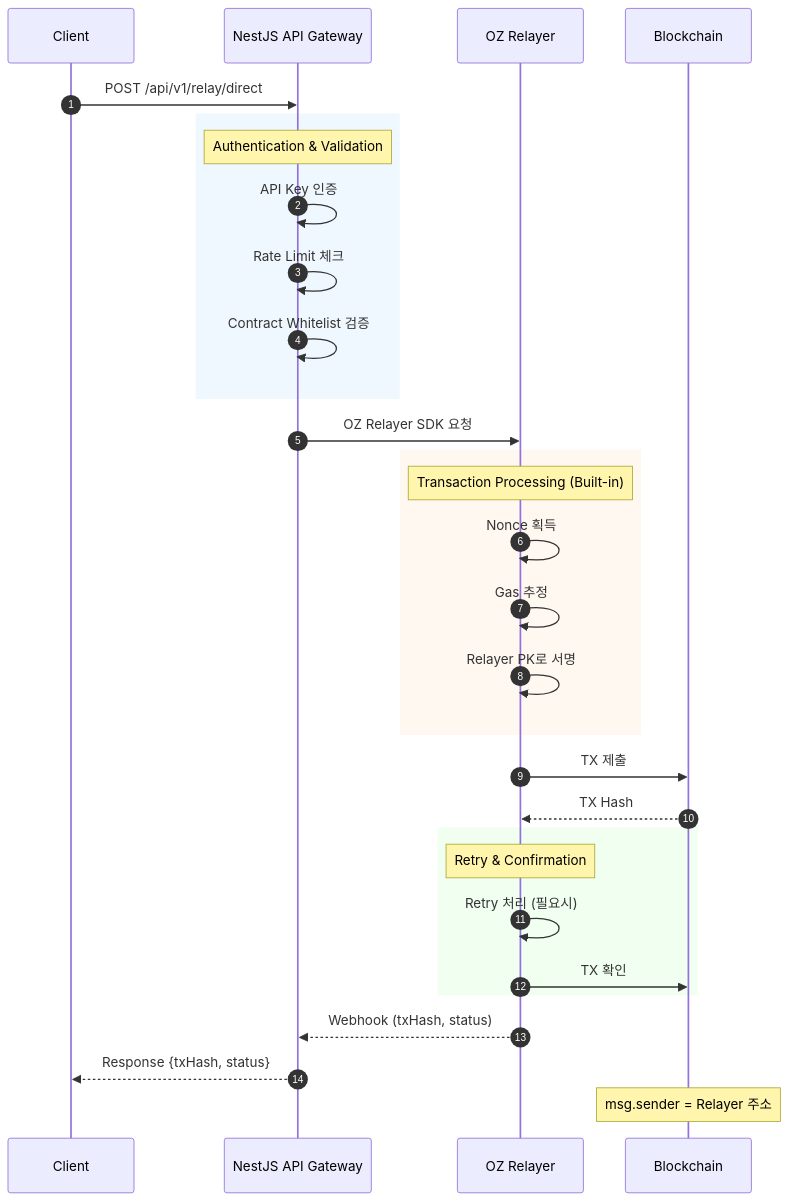
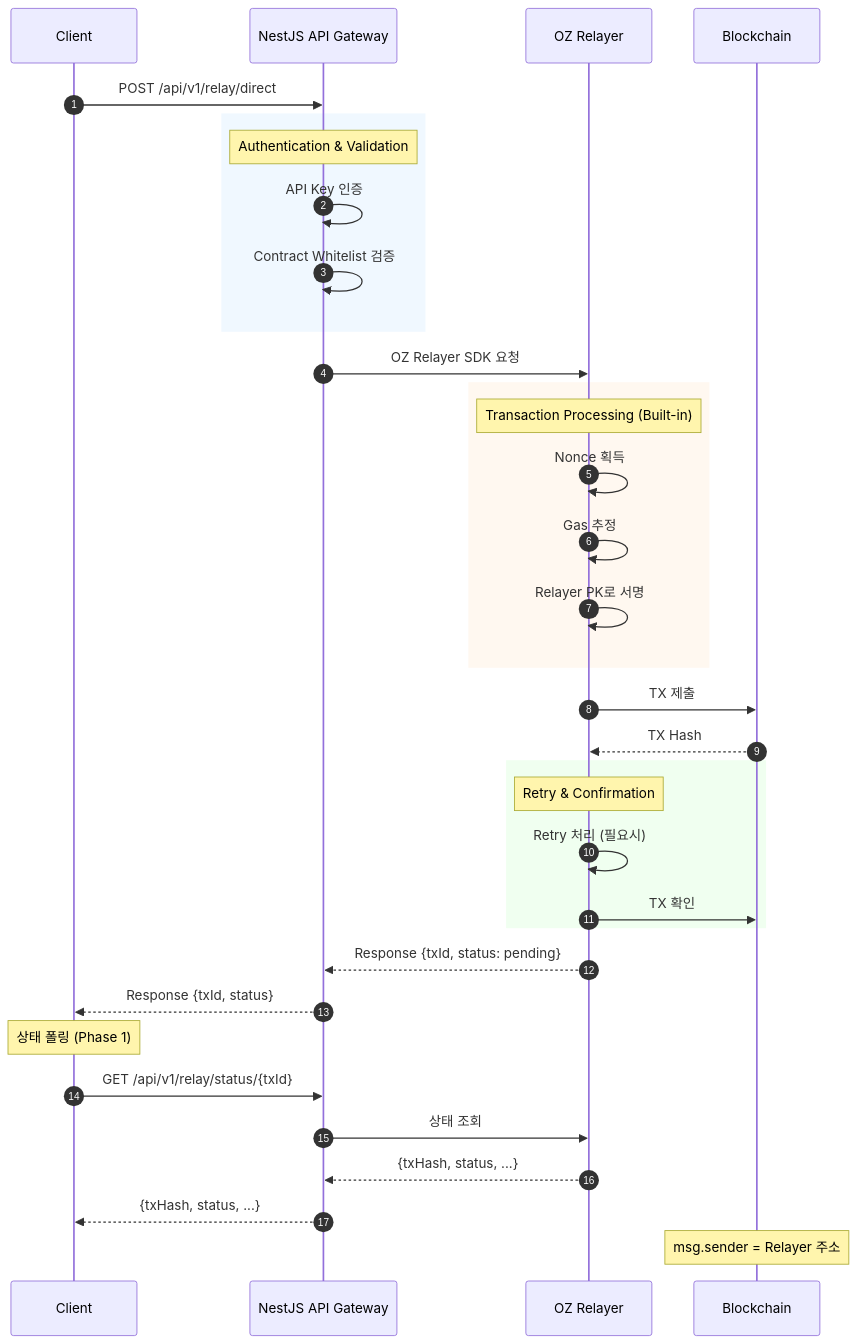
The second of 3 diagrams in docs/structure.md (globalmsq/solo-relayer-service), drawn with Mermaid before and after one commit. The commit also changed other lines of this file and 10 other files, not shown here.

````diff
--- a/docs/structure.md
+++ b/docs/structure.md
@@ -467,40 +487,45 @@
 ```mermaid
 sequenceDiagram
     autonumber
     participant Client
     participant Gateway as NestJS API Gateway
     participant Relayer as OZ Relayer
     participant BC as Blockchain
 
     Client->>Gateway: POST /api/v1/relay/direct
 
     rect rgb(240, 248, 255)
         Note over Gateway: Authentication & Validation
         Gateway->>Gateway: API Key 인증
-        Gateway->>Gateway: Rate Limit 체크
         Gateway->>Gateway: Contract Whitelist 검증
     end
 
     Gateway->>Relayer: OZ Relayer SDK 요청
 
     rect rgb(255, 248, 240)
         Note over Relayer: Transaction Processing (Built-in)
         Relayer->>Relayer: Nonce 획득
         Relayer->>Relayer: Gas 추정
         Relayer->>Relayer: Relayer PK로 서명
     end
 
     Relayer->>BC: TX 제출
     BC-->>Relayer: TX Hash
 
     rect rgb(240, 255, 240)
         Note over Relayer: Retry & Confirmation
         Relayer->>Relayer: Retry 처리 (필요시)
         Relayer->>BC: TX 확인
     end
 
-    Relayer-->>Gateway: Webhook (txHash, status)
-    Gateway-->>Client: Response {txHash, status}
+    Relayer-->>Gateway: Response {txId, status: pending}
+    Gateway-->>Client: Response {txId, status}
+
+    Note over Client: 상태 폴링 (Phase 1)
+    Client->>Gateway: GET /api/v1/relay/status/{txId}
+    Gateway->>Relayer: 상태 조회
+    Relayer-->>Gateway: {txHash, status, ...}
+    Gateway-->>Client: {txHash, status, ...}
 
     Note over BC: msg.sender = Relayer 주소
 ```
````
